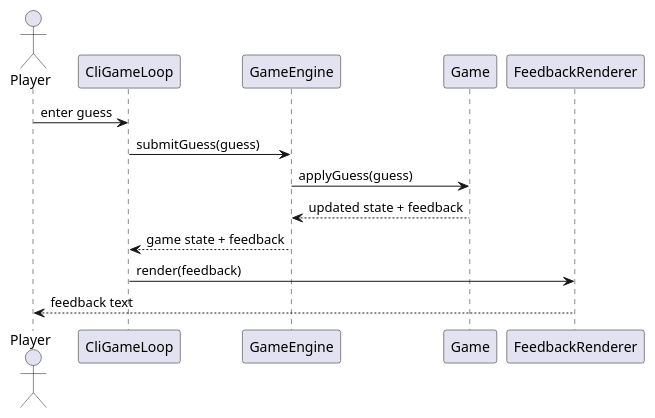
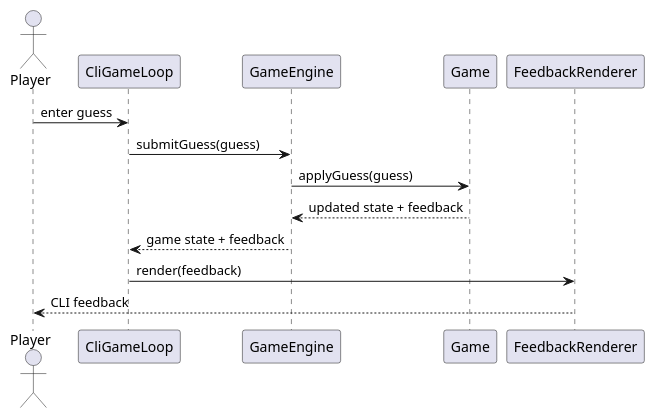
Before and after one commit to dpolivaev/spec-loop: the sixth of 6 diagrams in skills/spec-loop-plan-task/examples/example-task-wordle-cli.md, drawn with PlantUML. The commit also changed other lines of this file and 13 other files, not shown here.

````diff
--- a/skills/spec-loop-plan-task/examples/example-task-wordle-cli.md
+++ b/skills/spec-loop-plan-task/examples/example-task-wordle-cli.md
@@ -186,17 +222,17 @@
   ```plantuml
   @startuml
   actor Player
   participant "CliGameLoop" as CliGameLoop
   participant "GameEngine" as GameEngine
   participant "Game" as Game
   participant "FeedbackRenderer" as FeedbackRenderer
 
   Player -> CliGameLoop : enter guess
   CliGameLoop -> GameEngine : submitGuess(guess)
   GameEngine -> Game : applyGuess(guess)
   Game --> GameEngine : updated state + feedback
   GameEngine --> CliGameLoop : game state + feedback
   CliGameLoop -> FeedbackRenderer : render(feedback)
-  FeedbackRenderer --> Player : feedback text
+  FeedbackRenderer --> Player : CLI feedback
   @enduml
   ```
````
